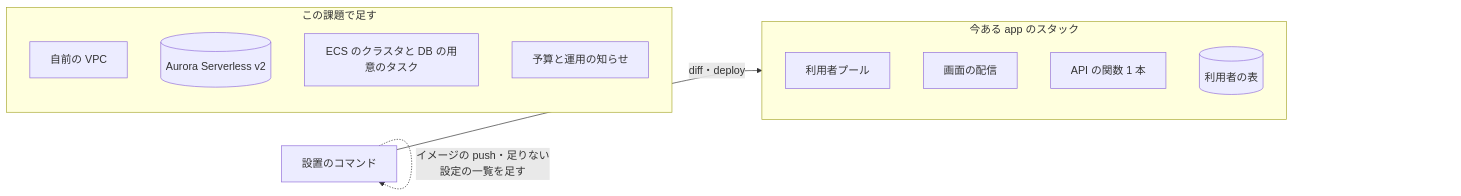
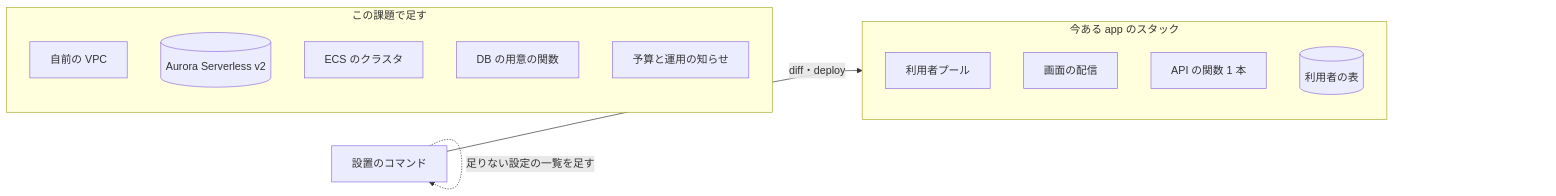
One commit to devbasex/nd-factory changed the first of 3 diagrams in issues/issue-13-design.md. Above: the diagram before and after it, drawn with Mermaid. The commit also changed other lines of this file and 1 other file, not shown here.

````diff
--- a/issues/issue-13-design.md
+++ b/issues/issue-13-design.md
@@ -9,17 +9,18 @@
 ```mermaid
 graph LR
     subgraph APP[今ある app のスタック]
         UP[利用者プール]
         CF[画面の配信]
         API[API の関数 1 本]
         T[(利用者の表)]
     end
     subgraph ADD[この課題で足す]
         VPC[自前の VPC]
         DB[(Aurora Serverless v2)]
-        ECS[ECS のクラスタと DB の用意のタスク]
+        ECS[ECS のクラスタ]
+        FN[DB の用意の関数]
         BUD[予算と運用の知らせ]
     end
     SETUP[設置のコマンド] -->|diff・deploy| APP
-    SETUP -.->|イメージの push・足りない設定の一覧を足す| SETUP
+    SETUP -.->|足りない設定の一覧を足す| SETUP
 ```
````
